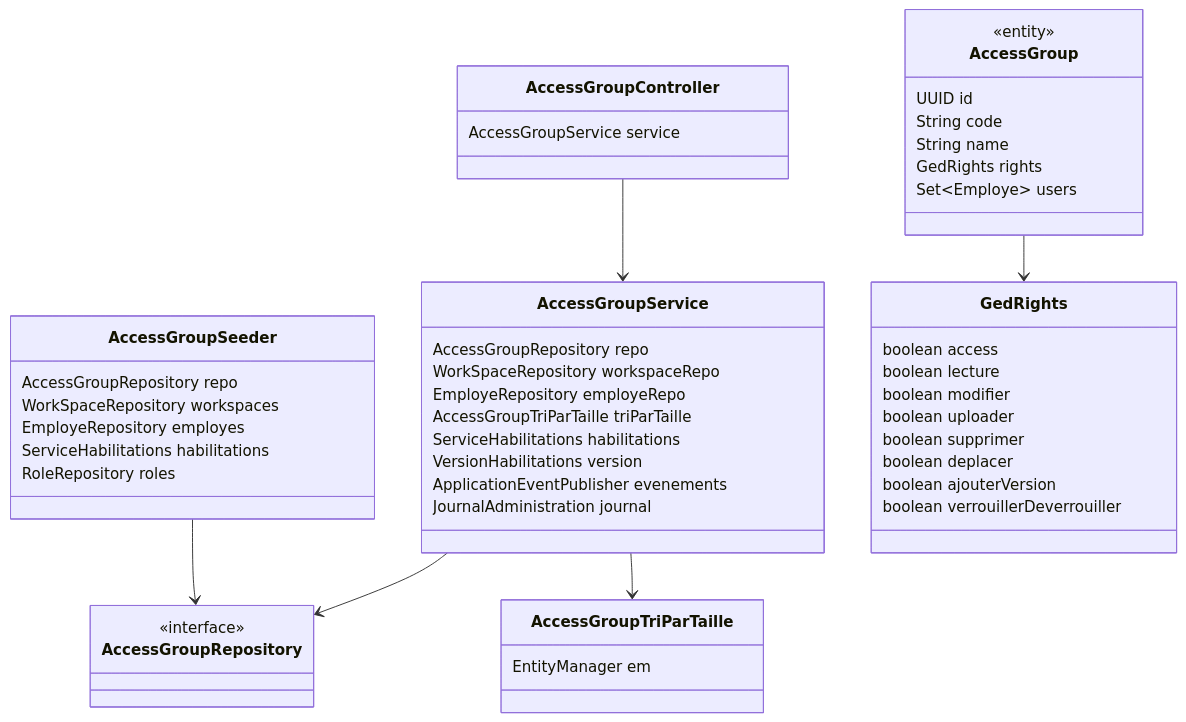
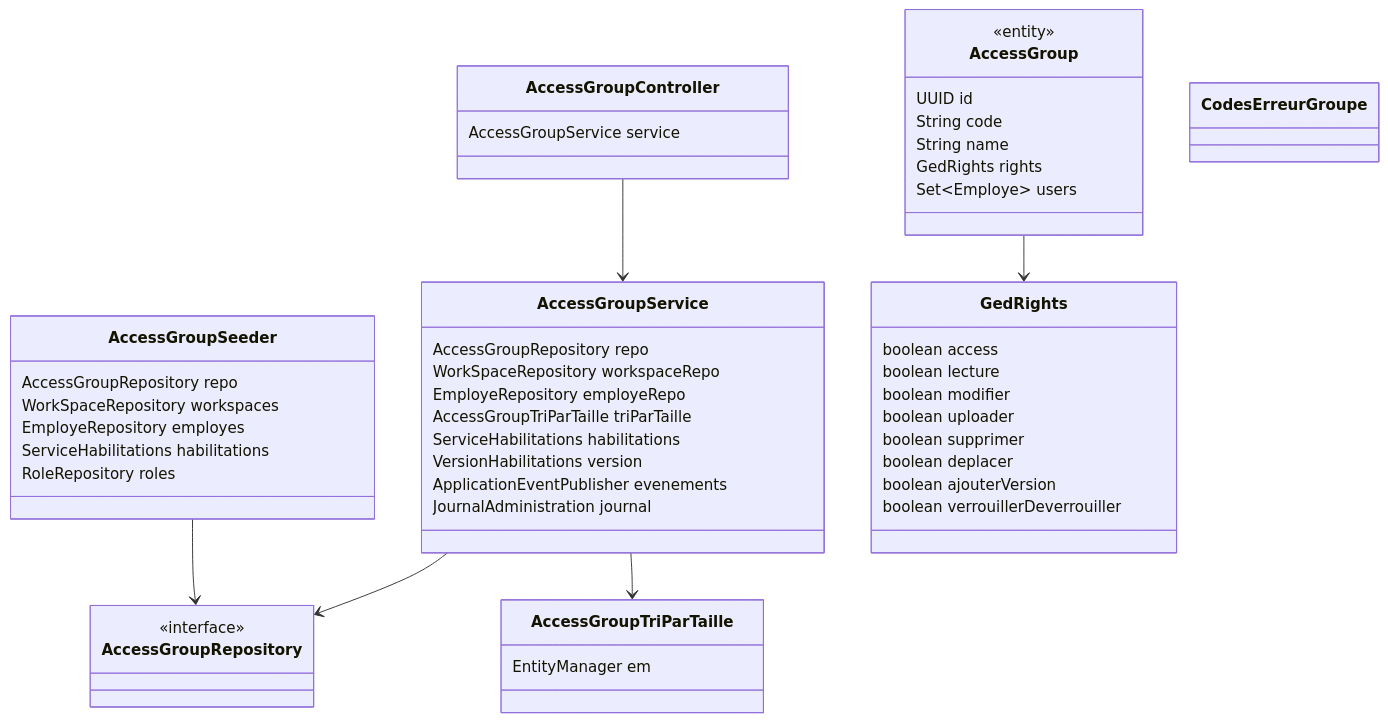
One commit to abddou2000/GED changed the fourth of 23 diagrams in docs/modelisation/CLASSES.md. Above: the diagram before and after it, drawn with Mermaid. The commit also changed other lines of this file and 13 other files, not shown here.

````diff
--- a/docs/modelisation/CLASSES.md
+++ b/docs/modelisation/CLASSES.md
@@ -487,52 +505,54 @@
 ```mermaid
 classDiagram
   class AccessGroup {
     <<entity>>
     UUID id
     String code
     String name
     GedRights rights
     Set~Employe~ users
   }
   class AccessGroupController {
     AccessGroupService service
   }
   class AccessGroupRepository {
     <<interface>>
   }
   class AccessGroupSeeder {
     AccessGroupRepository repo
     WorkSpaceRepository workspaces
     EmployeRepository employes
     ServiceHabilitations habilitations
     RoleRepository roles
   }
   class AccessGroupService {
     AccessGroupRepository repo
     WorkSpaceRepository workspaceRepo
     EmployeRepository employeRepo
     AccessGroupTriParTaille triParTaille
     ServiceHabilitations habilitations
     VersionHabilitations version
     ApplicationEventPublisher evenements
     JournalAdministration journal
   }
   class AccessGroupTriParTaille {
     EntityManager em
   }
+  class CodesErreurGroupe {
+  }
   class GedRights {
     boolean access
     boolean lecture
     boolean modifier
     boolean uploader
     boolean supprimer
     boolean deplacer
     boolean ajouterVersion
     boolean verrouillerDeverrouiller
   }
   AccessGroup --> GedRights
   AccessGroupController --> AccessGroupService
   AccessGroupSeeder --> AccessGroupRepository
   AccessGroupService --> AccessGroupRepository
   AccessGroupService --> AccessGroupTriParTaille
 ```
````
